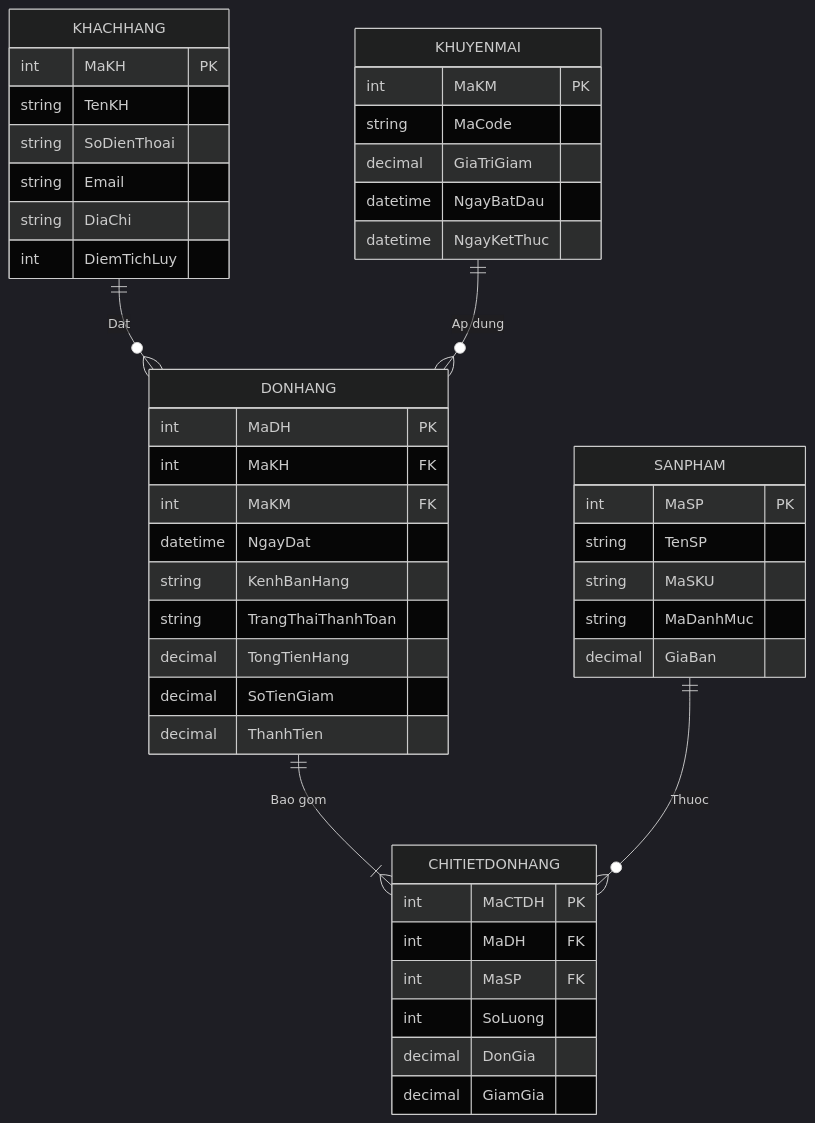
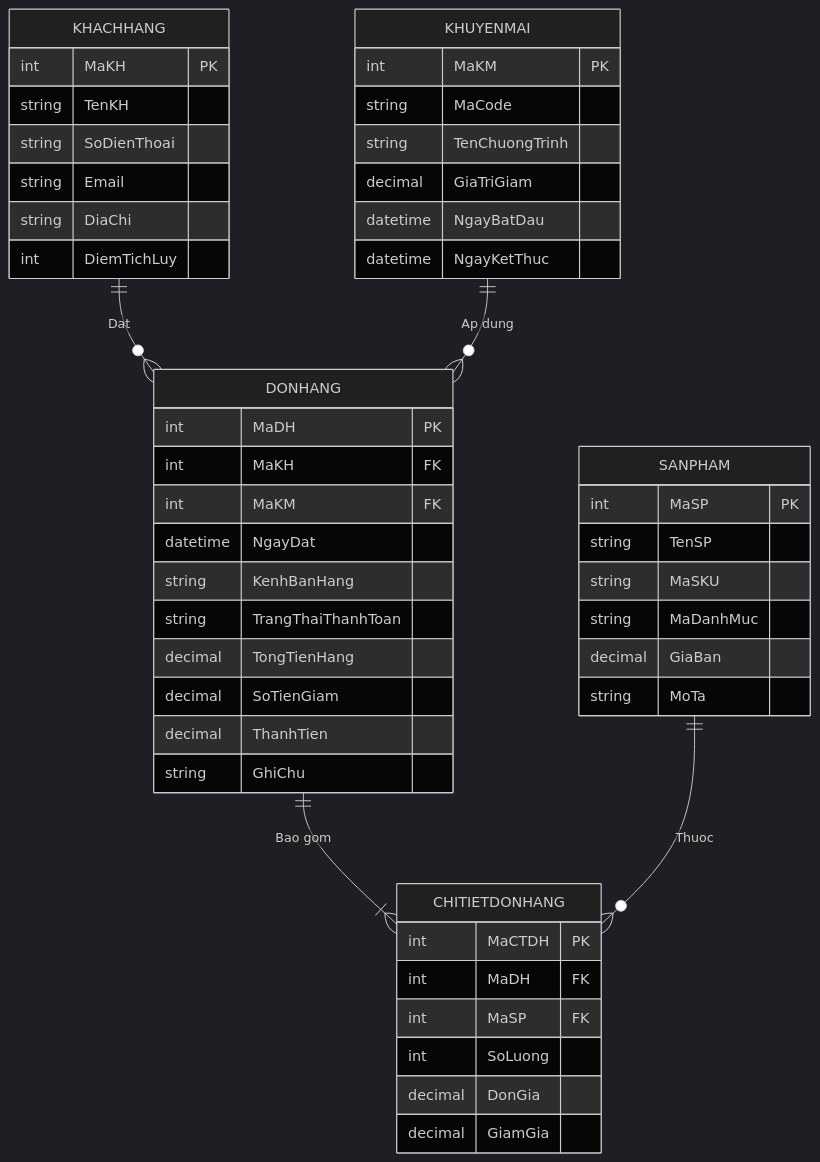
The diagram in ER_Diagram_Mermaid.md (ddinhvinh/BTL_QuanLyBanHang), drawn with Mermaid (dark theme) before and after one commit. The commit also changed 5 other files, not shown here.

````diff
--- a/ER_Diagram_Mermaid.md
+++ b/ER_Diagram_Mermaid.md
@@ -1,49 +1,52 @@
 ```mermaid
 erDiagram
     KHACHHANG ||--o{ DONHANG : "Dat"
     KHUYENMAI ||--o{ DONHANG : "Ap dung"
     DONHANG ||--|{ CHITIETDONHANG : "Bao gom"
     SANPHAM ||--o{ CHITIETDONHANG : "Thuoc"
 
     KHACHHANG {
         int MaKH PK
         string TenKH
         string SoDienThoai
         string Email
         string DiaChi
         int DiemTichLuy
     }
     SANPHAM {
         int MaSP PK
         string TenSP
         string MaSKU
         string MaDanhMuc
         decimal GiaBan
+        string MoTa
     }
     KHUYENMAI {
         int MaKM PK
         string MaCode
+        string TenChuongTrinh
         decimal GiaTriGiam
         datetime NgayBatDau
         datetime NgayKetThuc
     }
     DONHANG {
         int MaDH PK
         int MaKH FK
         int MaKM FK
         datetime NgayDat
         string KenhBanHang
         string TrangThaiThanhToan
         decimal TongTienHang
         decimal SoTienGiam
         decimal ThanhTien
+        string GhiChu
     }
     CHITIETDONHANG {
         int MaCTDH PK
         int MaDH FK
         int MaSP FK
         int SoLuong
         decimal DonGia
         decimal GiamGia
     }
 ```
````
